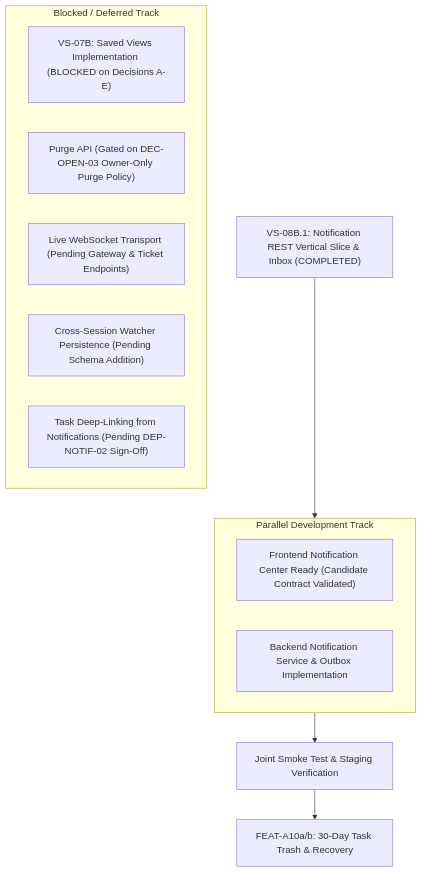
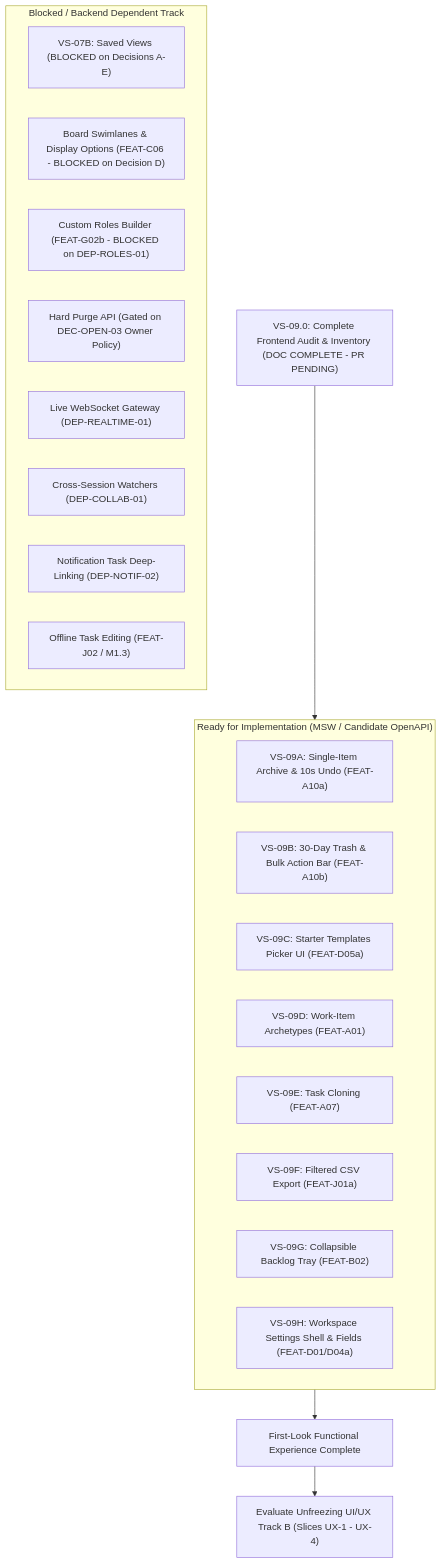
Before and after one commit to Samudra-Bose/sonder: the first of 2 diagrams in docs/04-implementation/sonder-project-progress-tracker.md, drawn with Mermaid. The commit also changed other lines of this file and 1 other file, not shown here.

Commit message:
docs(audit): VS-09.0 reconcile canonical feature inventory, offline editing and first-look readiness

````diff
--- a/docs/04-implementation/sonder-project-progress-tracker.md
+++ b/docs/04-implementation/sonder-project-progress-tracker.md
@@ -52,20 +53,29 @@
 ```mermaid
 flowchart TD
-    Current["VS-08B.1: Notification REST Vertical Slice & Inbox (COMPLETED)"] --> Parallel["Parallel Independent FE/BE Track"]
+    Current["VS-09.0: Complete Frontend Audit & Inventory (DOC COMPLETE - PR PENDING)"] --> InventoryA["Inventory A: Backend-Independent Backlog (8 Milestones)"]
 
-    subgraph Parallel ["Parallel Development Track"]
-        FE_Work["Frontend Notification Center Ready (Candidate Contract Validated)"]
-        BE_Work["Backend Notification Service & Outbox Implementation"]
+    subgraph InventoryA ["Ready for Implementation (MSW / Candidate OpenAPI)"]
+        VS09A["VS-09A: Single-Item Archive & 10s Undo (FEAT-A10a)"]
+        VS09B["VS-09B: 30-Day Trash & Bulk Action Bar (FEAT-A10b)"]
+        VS09C["VS-09C: Starter Templates Picker UI (FEAT-D05a)"]
+        VS09D["VS-09D: Work-Item Archetypes (FEAT-A01)"]
+        VS09E["VS-09E: Task Cloning (FEAT-A07)"]
+        VS09F["VS-09F: Filtered CSV Export (FEAT-J01a)"]
+        VS09G["VS-09G: Collapsible Backlog Tray (FEAT-B02)"]
+        VS09H["VS-09H: Workspace Settings Shell & Fields (FEAT-D01/D04a)"]
     end
 
-    Parallel --> JointIntegration["Joint Smoke Test & Staging Verification"]
-    JointIntegration --> FollowUp["FEAT-A10a/b: 30-Day Task Trash & Recovery"]
+    InventoryA --> FirstLook["First-Look Functional Experience Complete"]
+    FirstLook --> UnfreezeUX["Evaluate Unfreezing UI/UX Track B (Slices UX-1 - UX-4)"]
 
-    subgraph Deferred ["Blocked / Deferred Track"]
-        SV["VS-07B: Saved Views Implementation (BLOCKED on Decisions A-E)"]
-        Trash["Purge API (Gated on DEC-OPEN-03 Owner-Only Purge Policy)"]
-        RealtimeLive["Live WebSocket Transport (Pending Gateway & Ticket Endpoints)"]
-        WatcherPersist["Cross-Session Watcher Persistence (Pending Schema Addition)"]
-        NotifNav["Task Deep-Linking from Notifications (Pending DEP-NOTIF-02 Sign-Off)"]
+    subgraph BlockedDeferred ["Blocked / Backend Dependent Track"]
+        SV["VS-07B: Saved Views (BLOCKED on Decisions A-E)"]
+        Swimlanes["Board Swimlanes & Display Options (FEAT-C06 - BLOCKED on Decision D)"]
+        CustomRoles["Custom Roles Builder (FEAT-G02b - BLOCKED on DEP-ROLES-01)"]
+        Purge["Hard Purge API (Gated on DEC-OPEN-03 Owner Policy)"]
+        RealtimeLive["Live WebSocket Gateway (DEP-REALTIME-01)"]
+        WatcherPersist["Cross-Session Watchers (DEP-COLLAB-01)"]
+        NotifDeepLink["Notification Task Deep-Linking (DEP-NOTIF-02)"]
+        OfflineTask["Offline Task Editing (FEAT-J02 / M1.3)"]
     end
 ```
````
